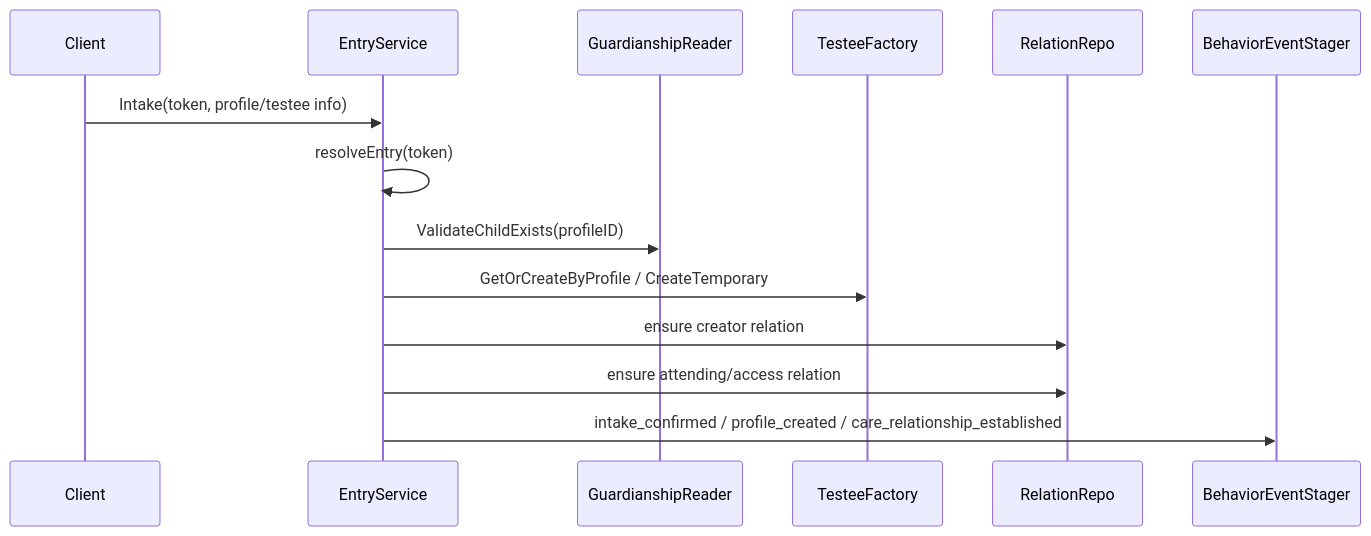
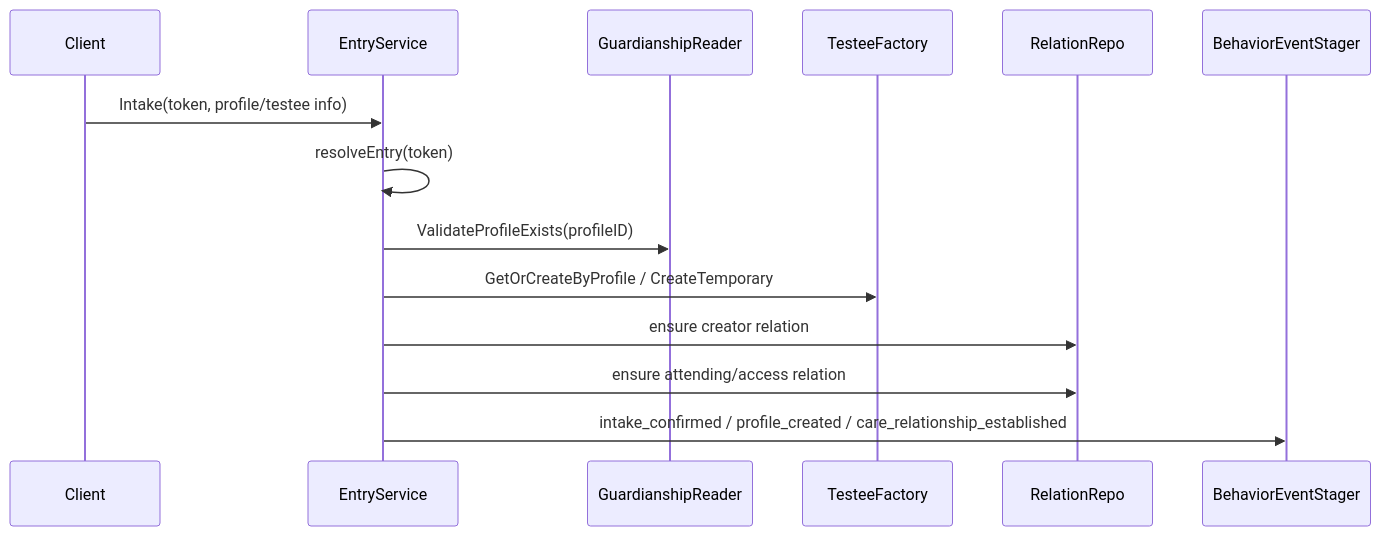
One commit to FangcunMount/qs-server changed the third of 3 diagrams in docs/02-业务模块/actor/03-AssessmentEntry与IAM边界.md. Above: the diagram before and after it, drawn with Mermaid. The commit also changed other lines of this file and 72 other files, not shown here.

Commit message:
feat 适配 iam identity 模块升级： 在 qs-server 中通过 gRPC 的形式创建 profile+profile link，不再依赖外部传递 profileid

````diff
--- a/docs/02-业务模块/actor/03-AssessmentEntry与IAM边界.md
+++ b/docs/02-业务模块/actor/03-AssessmentEntry与IAM边界.md
@@ -122,17 +122,17 @@
 ```mermaid
 sequenceDiagram
     participant Client
     participant App as EntryService
     participant IAM as GuardianshipReader
     participant TesteeFactory
     participant RelationRepo
     participant Events as BehaviorEventStager
 
     Client->>App: Intake(token, profile/testee info)
     App->>App: resolveEntry(token)
-    App->>IAM: ValidateChildExists(profileID)
+    App->>IAM: ValidateProfileExists(profileID)
     App->>TesteeFactory: GetOrCreateByProfile / CreateTemporary
     App->>RelationRepo: ensure creator relation
     App->>RelationRepo: ensure attending/access relation
     App->>Events: intake_confirmed / profile_created / care_relationship_established
 ```
````
